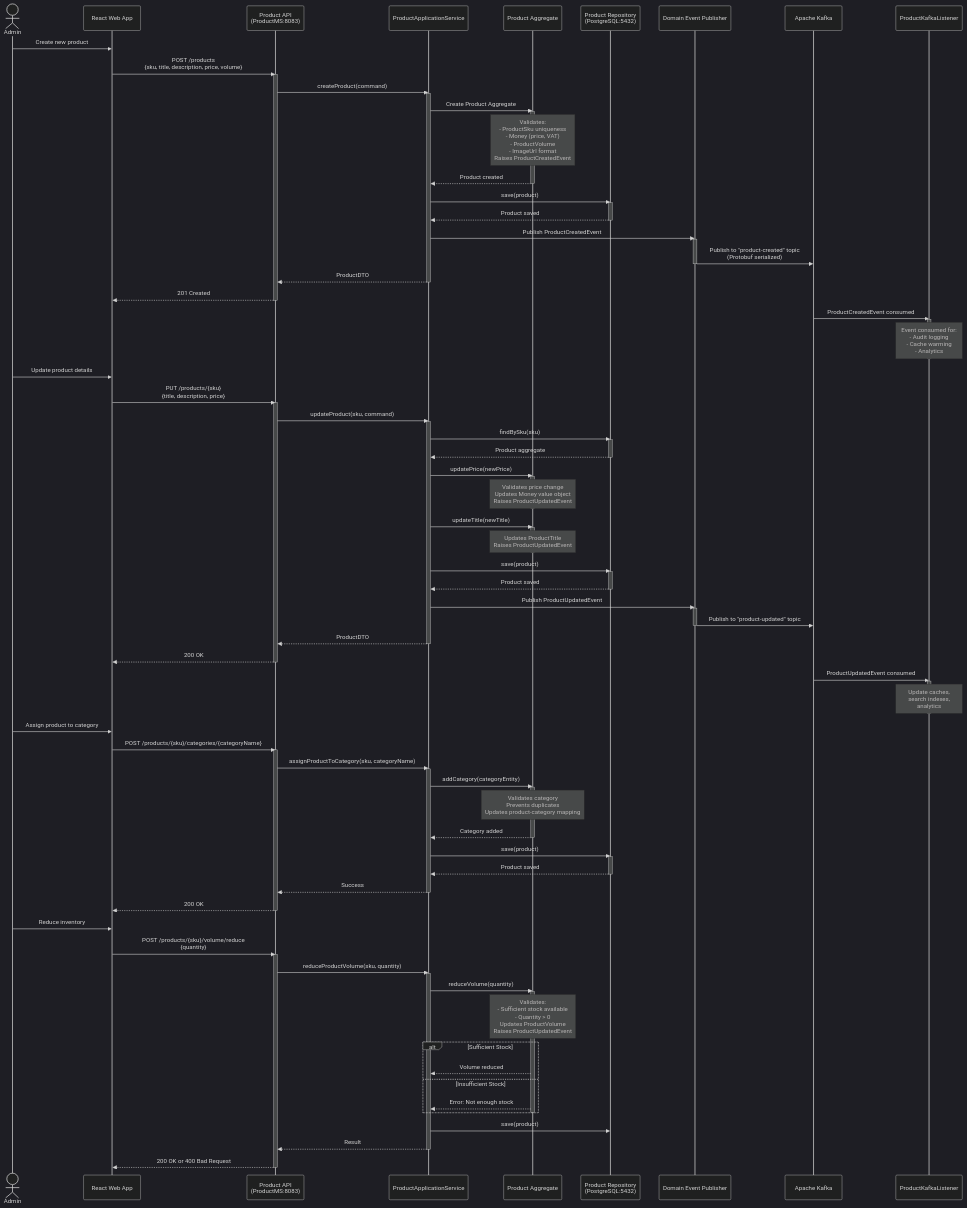
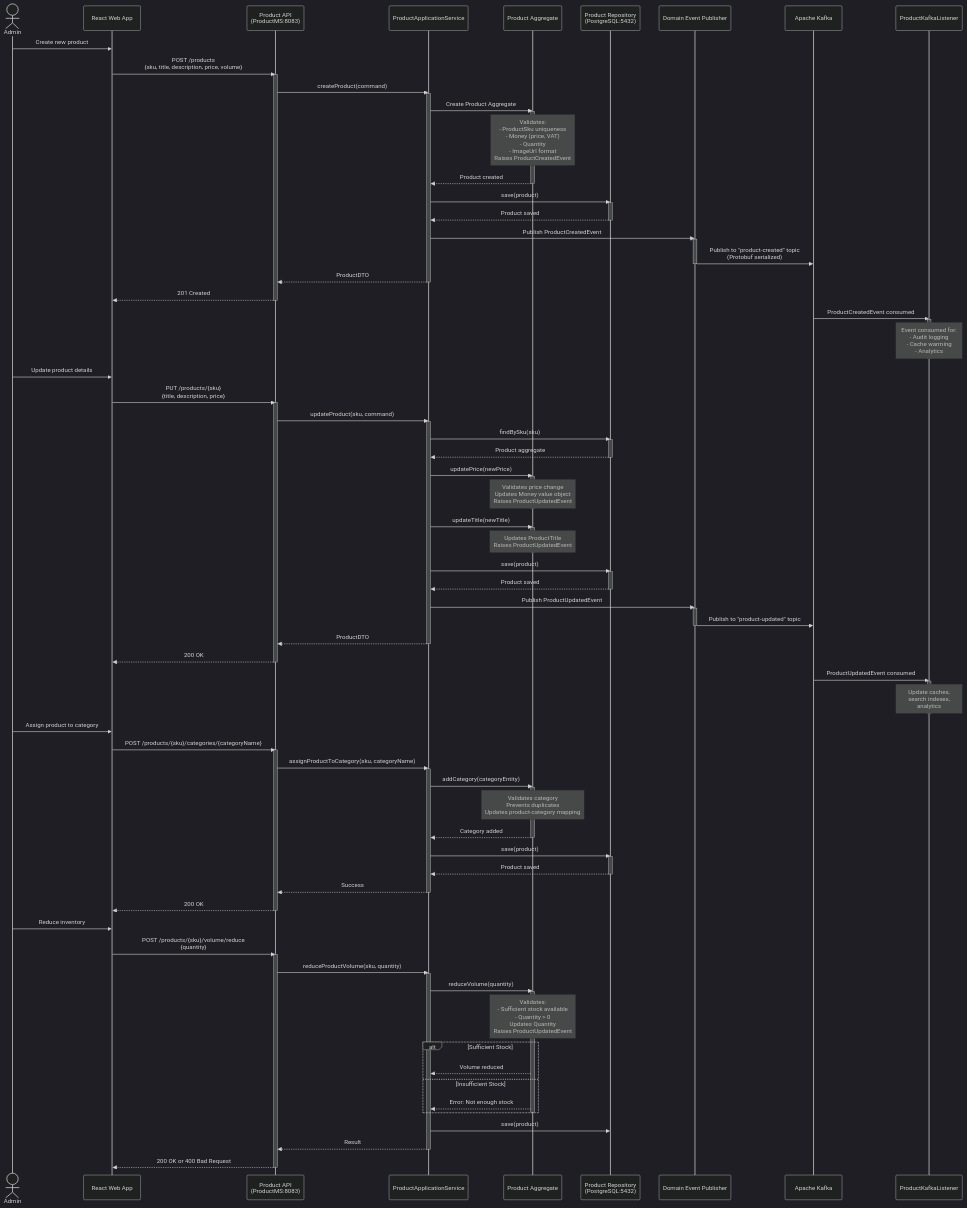
Before and after one commit to metao1/microservice-online-store: the fifth of 6 diagrams in docs/ARCHITECTURE.md, drawn with Mermaid (dark theme). The commit also changed other lines of this file, not shown here.

Commit message:
docs: split architecture diagrams per service

```diff
--- a/docs/ARCHITECTURE.md
+++ b/docs/ARCHITECTURE.md
@@ -346,7 +280,7 @@
 
     ProductService->>ProductDomain: Create Product Aggregate
     activate ProductDomain
-    Note over ProductDomain: Validates:<br/>- ProductSku uniqueness<br/>- Money (price, VAT)<br/>- ProductVolume<br/>- ImageUrl format<br/>Raises ProductCreatedEvent
+    Note over ProductDomain: Validates:<br/>- ProductSku uniqueness<br/>- Money (price, VAT)<br/>- Quantity<br/>- ImageUrl format<br/>Raises ProductCreatedEvent
     ProductDomain-->>ProductService: Product created
     deactivate ProductDomain
 
@@ -448,7 +382,7 @@
 
     ProductService->>ProductDomain: reduceVolume(quantity)
     activate ProductDomain
-    Note over ProductDomain: Validates:<br/>- Sufficient stock available<br/>- Quantity > 0<br/>Updates ProductVolume<br/>Raises ProductUpdatedEvent
+    Note over ProductDomain: Validates:<br/>- Sufficient stock available<br/>- Quantity > 0<br/>Updates Quantity<br/>Raises ProductUpdatedEvent
 
     alt Sufficient Stock
         ProductDomain-->>ProductService: Volume reduced
```
